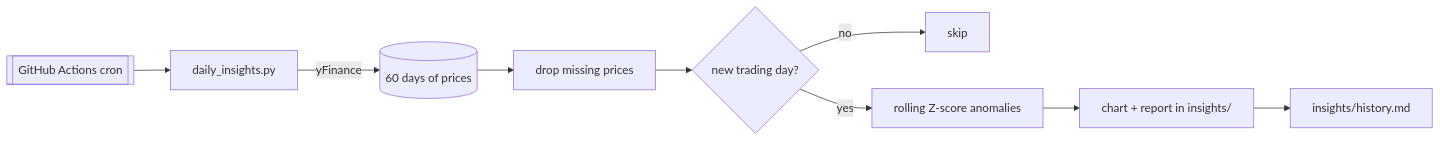
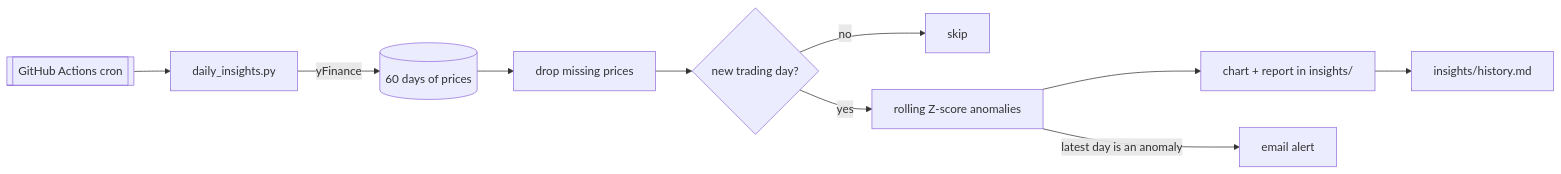
The diagram in README.md (Deshraj-Jogiya/automated-data-insights), drawn with Mermaid before and after one commit. The commit also changed other lines of this file and 3 other files, not shown here.

First line of the commit message:
Email an alert when the latest trading day is an anomaly

````diff
--- a/README.md
+++ b/README.md
@@ -19,11 +21,12 @@
 ```mermaid
 flowchart LR
     CRON[[GitHub Actions cron]] --> E[daily_insights.py]
     E -- yFinance --> D[(60 days of prices)]
     D --> C[drop missing prices]
     C --> N{new trading day?}
     N -- no --> STOP[skip]
     N -- yes --> Z[rolling Z-score anomalies]
     Z --> O[chart + report in insights/]
+    Z -- latest day is an anomaly --> M[email alert]
     O --> H[insights/history.md]
 ```
````
